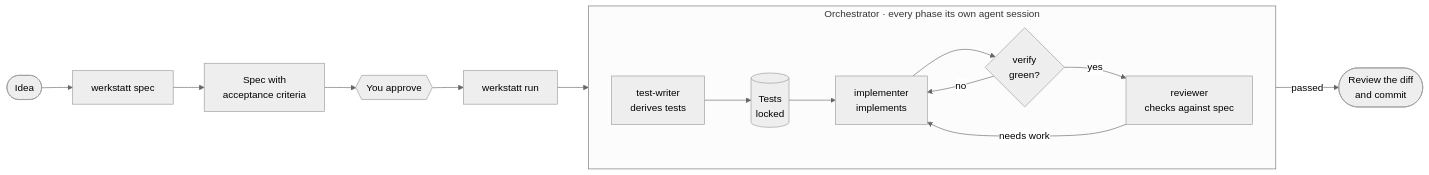
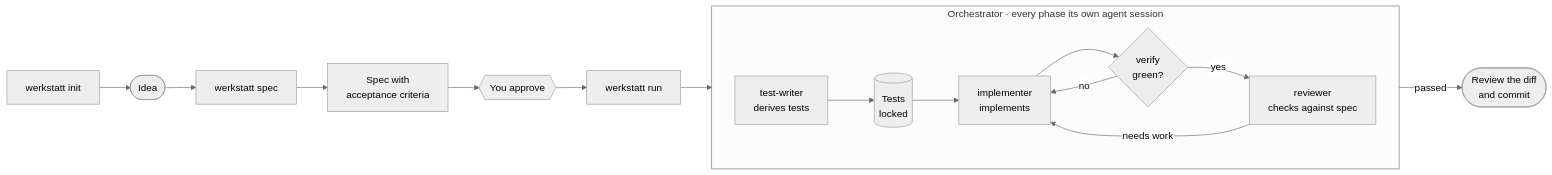
One commit to niklas-enns/werkstatt changed the diagram in README.md. Above: the diagram before and after it, drawn with Mermaid (neutral theme). The commit also changed other lines of this file and 2 other files, not shown here.

````diff
--- a/README.md
+++ b/README.md
@@ -32,20 +32,21 @@
 ```mermaid
 flowchart LR
-    idea([Idea]) --> interview["werkstatt spec"]
+    setup["werkstatt init"] --> idea([Idea])
+    idea --> interview["werkstatt spec"]
     interview --> spec[Spec with<br/>acceptance criteria]
     spec --> release{{You approve}}
     release --> run["werkstatt run"]
 
     subgraph run_box [Orchestrator · every phase its own agent session]
         direction LR
         tests[test-writer<br/>derives tests] --> lock[(Tests<br/>locked)]
         lock --> impl[implementer<br/>implements]
         impl --> verify{verify<br/>green?}
         verify -- no --> impl
         verify -- yes --> review[reviewer<br/>checks against spec]
         review -- needs work --> impl
     end
 
     run --> tests
     review -- passed --> done([Review the diff<br/>and commit])
 ```
````
